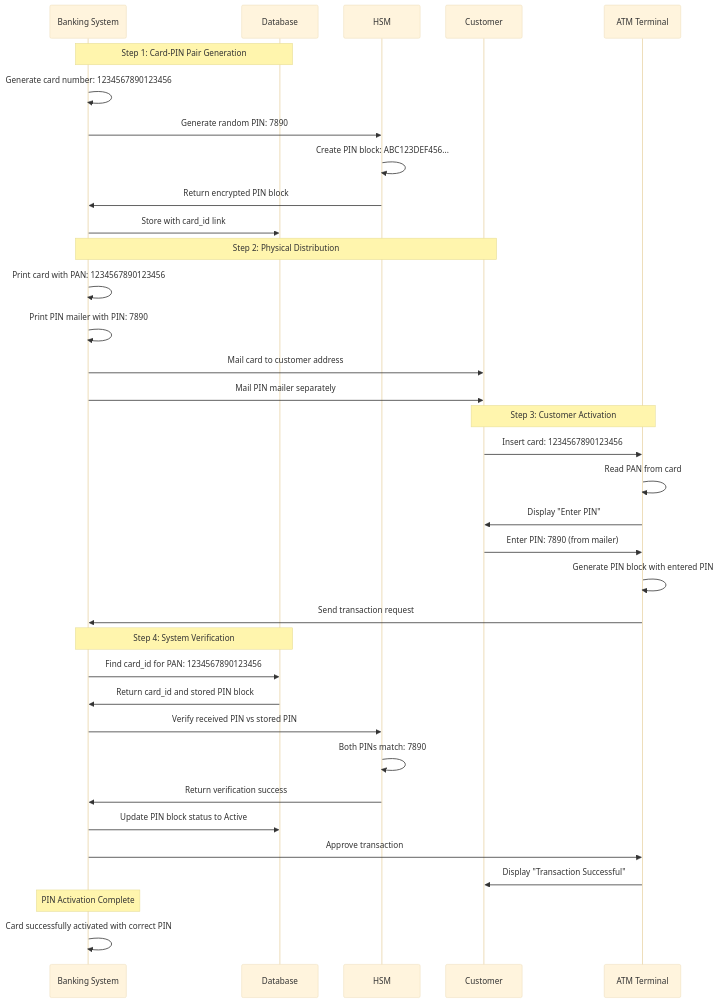
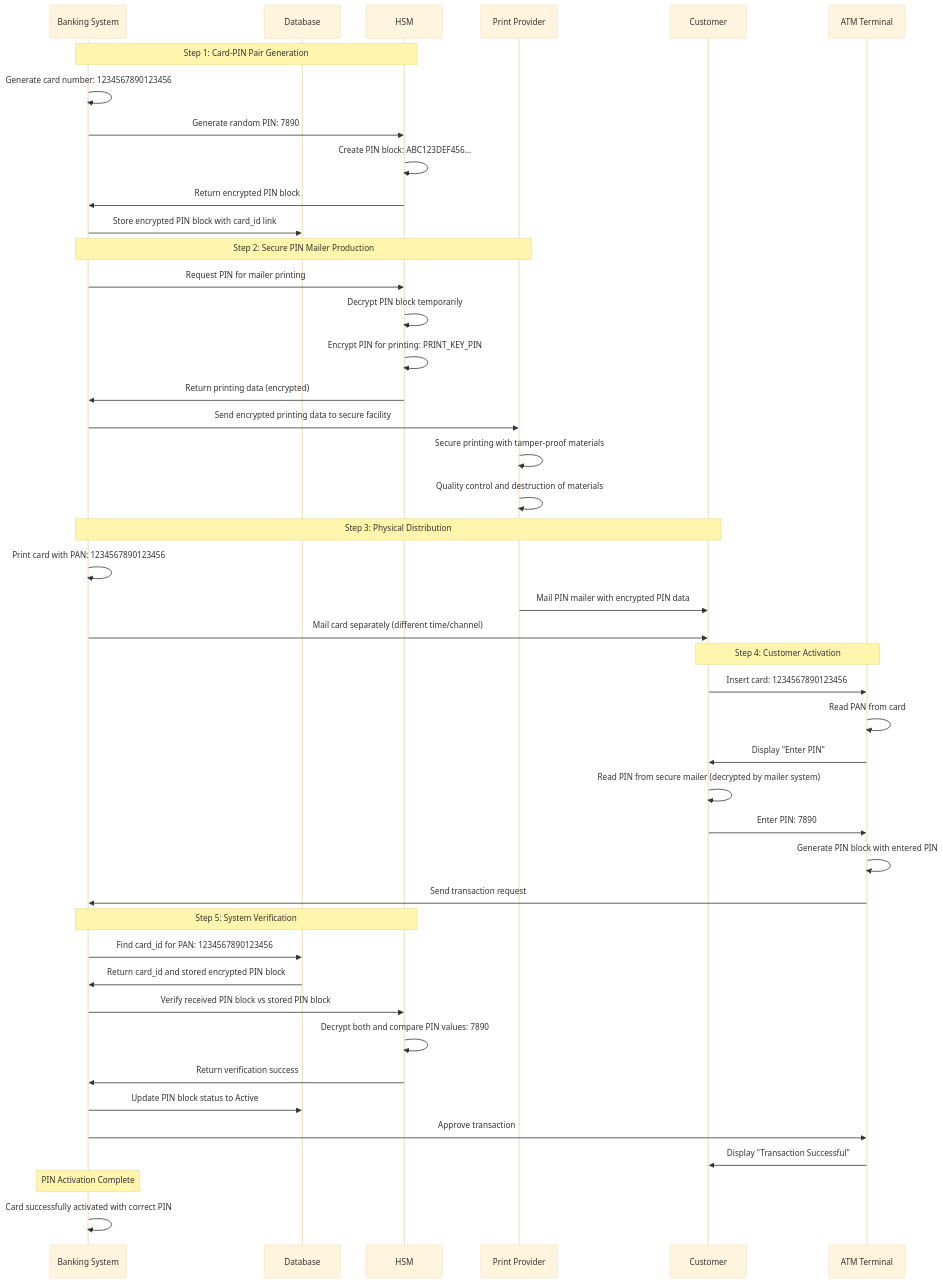
Before and after one commit to artivisi/hsm-simulator: the ninth of 17 diagrams in docs/user-manual/pinblock.md, drawn with Mermaid (base theme). The commit also changed other lines of this file, not shown here.

First line of the commit message:
Fix PIN Mailer security flow and add proper HSM integration

````diff
--- a/docs/user-manual/pinblock.md
+++ b/docs/user-manual/pinblock.md
@@ -379,42 +394,52 @@
 ```mermaid
 sequenceDiagram
     participant SYS as Banking System
     participant DB as Database
     participant HSM as HSM
+    participant PP as Print Provider
     participant C as Customer
     participant ATM as ATM Terminal
 
-    Note over SYS,DB: Step 1: Card-PIN Pair Generation
+    Note over SYS,HSM: Step 1: Card-PIN Pair Generation
     SYS->>SYS: Generate card number: 1234567890123456
     SYS->>HSM: Generate random PIN: 7890
     HSM->>HSM: Create PIN block: ABC123DEF456...
     HSM->>SYS: Return encrypted PIN block
-    SYS->>DB: Store with card_id link
+    SYS->>DB: Store encrypted PIN block with card_id link
 
-    Note over SYS,C: Step 2: Physical Distribution
+    Note over SYS,PP: Step 2: Secure PIN Mailer Production
+    SYS->>HSM: Request PIN for mailer printing
+    HSM->>HSM: Decrypt PIN block temporarily
+    HSM->>HSM: Encrypt PIN for printing: PRINT_KEY_PIN
+    HSM->>SYS: Return printing data (encrypted)
+    SYS->>PP: Send encrypted printing data to secure facility
+    PP->>PP: Secure printing with tamper-proof materials
+    PP->>PP: Quality control and destruction of materials
+
+    Note over SYS,C: Step 3: Physical Distribution
     SYS->>SYS: Print card with PAN: 1234567890123456
-    SYS->>SYS: Print PIN mailer with PIN: 7890
-    SYS->>C: Mail card to customer address
-    SYS->>C: Mail PIN mailer separately
+    PP->>C: Mail PIN mailer with encrypted PIN data
+    SYS->>C: Mail card separately (different time/channel)
 
-    Note over C,ATM: Step 3: Customer Activation
+    Note over C,ATM: Step 4: Customer Activation
     C->>ATM: Insert card: 1234567890123456
     ATM->>ATM: Read PAN from card
     ATM->>C: Display "Enter PIN"
-    C->>ATM: Enter PIN: 7890 (from mailer)
+    C->>C: Read PIN from secure mailer (decrypted by mailer system)
+    C->>ATM: Enter PIN: 7890
     ATM->>ATM: Generate PIN block with entered PIN
     ATM->>SYS: Send transaction request
 
-    Note over SYS,DB: Step 4: System Verification
+    Note over SYS,HSM: Step 5: System Verification
     SYS->>DB: Find card_id for PAN: 1234567890123456
-    DB->>SYS: Return card_id and stored PIN block
-    SYS->>HSM: Verify received PIN vs stored PIN
-    HSM->>HSM: Both PINs match: 7890
+    DB->>SYS: Return card_id and stored encrypted PIN block
+    SYS->>HSM: Verify received PIN block vs stored PIN block
+    HSM->>HSM: Decrypt both and compare PIN values: 7890
     HSM->>SYS: Return verification success
     SYS->>DB: Update PIN block status to Active
     SYS->>ATM: Approve transaction
     ATM->>C: Display "Transaction Successful"
 
     Note over SYS: PIN Activation Complete
     SYS->>SYS: Card successfully activated with correct PIN
 ```
````
